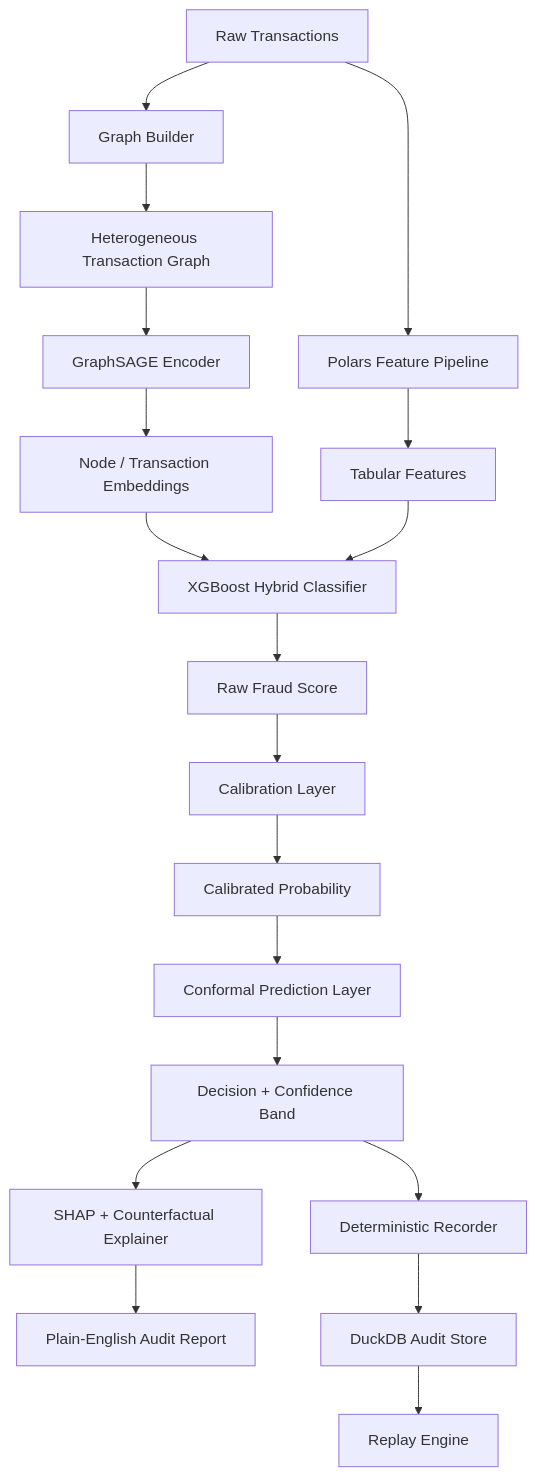
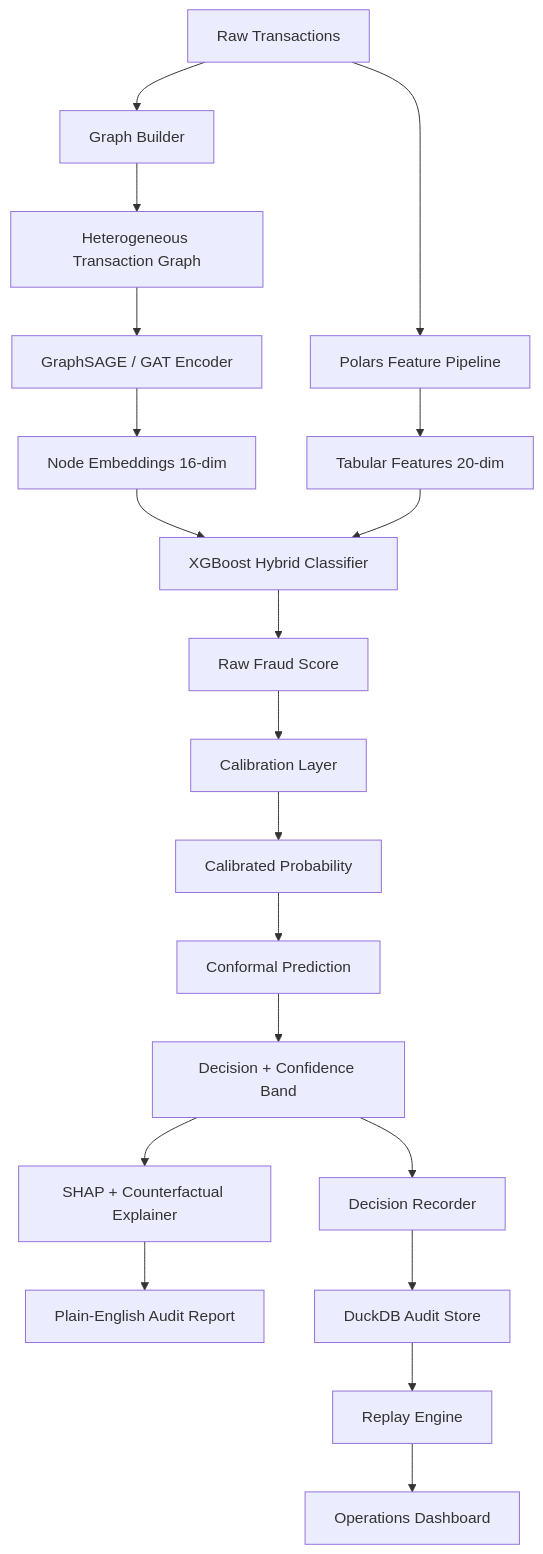
One commit to AngelP17/Rift changed the diagram in docs/architecture.md. Above: the diagram before and after it, drawn with Mermaid. The commit also changed other lines of this file and 3 other files, not shown here.

First line of the commit message:
docs: add dashboard, notebooks, and updated architecture documentation

````diff
--- a/docs/architecture.md
+++ b/docs/architecture.md
@@ -16,21 +17,22 @@
 ```mermaid
 flowchart TD
     A[Raw Transactions] --> B[Polars Feature Pipeline]
     A --> C[Graph Builder]
     C --> D[Heterogeneous Transaction Graph]
-    D --> E[GraphSAGE Encoder]
-    E --> F[Node / Transaction Embeddings]
-    B --> G[Tabular Features]
+    D --> E[GraphSAGE / GAT Encoder]
+    E --> F[Node Embeddings 16-dim]
+    B --> G[Tabular Features 20-dim]
     F --> H[XGBoost Hybrid Classifier]
     G --> H
     H --> I[Raw Fraud Score]
     I --> J[Calibration Layer]
     J --> K[Calibrated Probability]
-    K --> L[Conformal Prediction Layer]
+    K --> L[Conformal Prediction]
     L --> M[Decision + Confidence Band]
     M --> N[SHAP + Counterfactual Explainer]
     N --> O[Plain-English Audit Report]
-    M --> P[Deterministic Recorder]
+    M --> P[Decision Recorder]
     P --> Q[DuckDB Audit Store]
     Q --> R[Replay Engine]
+    R --> S[Operations Dashboard]
 ```
````
